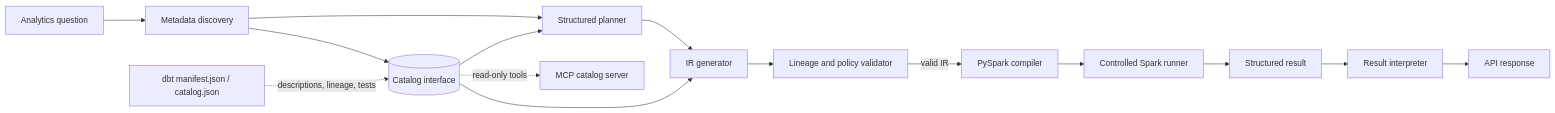
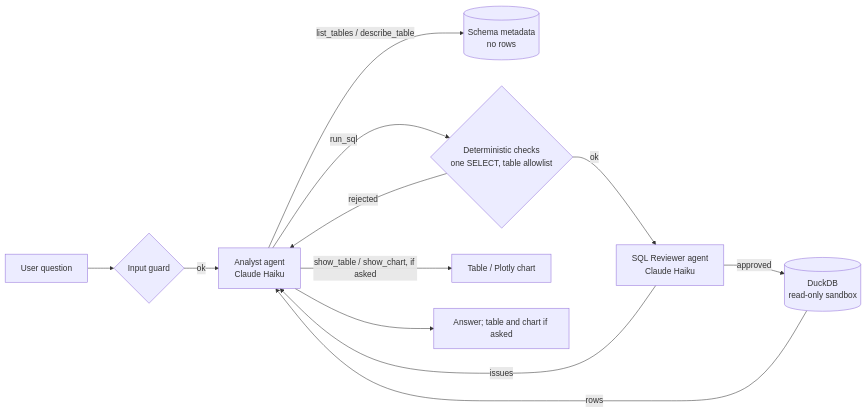
One commit to datenwissenschaften/agentic-data-analyst changed the diagram in README.md. Above: the diagram before and after it, drawn with Mermaid. The commit also changed other lines of this file and 103 other files, not shown here.

````diff
--- a/README.md
+++ b/README.md
@@ -15,17 +13,14 @@
 ```mermaid
 flowchart LR
-    Q[Analytics question] --> D[Metadata discovery]
-    D --> C[(Catalog interface)]
-    D --> P[Structured planner]
-    P --> G[IR generator]
-    C --> P
-    C --> G
-    G --> V[Lineage and policy validator]
-    V -->|valid IR| S[PySpark compiler]
-    S --> E[Controlled Spark runner]
-    E --> R[Structured result]
-    R --> I[Result interpreter]
-    I --> A[API response]
-    C -. read-only tools .-> M[MCP catalog server]
-    T[dbt manifest.json / catalog.json] -. descriptions, lineage, tests .-> C
+    U[User question] --> G{Input guard}
+    G -->|ok| A[Analyst agent<br/>Claude Haiku]
+    A -->|list_tables / describe_table| M[(Schema metadata<br/>no rows)]
+    A -->|run_sql| C{Deterministic checks<br/>one SELECT, table allowlist}
+    C -->|ok| R[SQL Reviewer agent<br/>Claude Haiku]
+    C -->|rejected| A
+    R -->|approved| D[(DuckDB<br/>read-only sandbox)]
+    R -->|issues| A
+    D -->|rows| A
+    A -->|show_table / show_chart, if asked| P[Table / Plotly chart]
+    A --> Ans[Answer; table and chart if asked]
 ```
````
